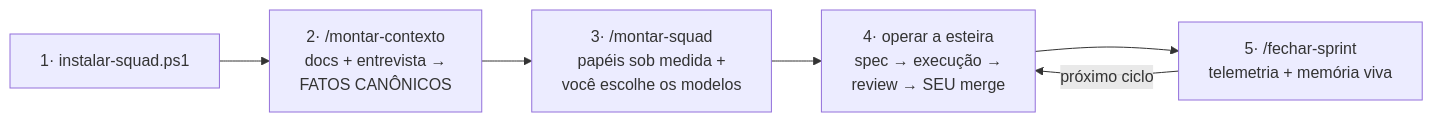
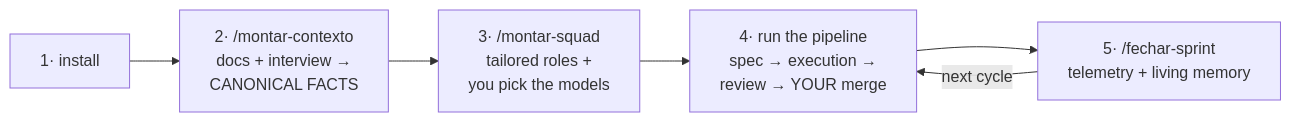
Before and after one commit to ethierre/squadkit: the diagram in README.md, drawn with Mermaid. The commit also changed other lines of this file and 18 other files, not shown here.

````diff
--- a/README.md
+++ b/README.md
@@ -54,8 +56,8 @@
 ```mermaid
 flowchart LR
-    A["1· instalar-squad.ps1"] --> B["2· /montar-contexto<br/>docs + entrevista →<br/>FATOS CANÔNICOS"]
-    B --> C["3· /montar-squad<br/>papéis sob medida +<br/>você escolhe os modelos"]
-    C --> D["4· operar a esteira<br/>spec → execução →<br/>review → SEU merge"]
-    D --> E["5· /fechar-sprint<br/>telemetria + memória viva"]
-    E -->|próximo ciclo| D
+    A["1· install"] --> B["2· /montar-contexto<br/>docs + interview →<br/>CANONICAL FACTS"]
+    B --> C["3· /montar-squad<br/>tailored roles +<br/>you pick the models"]
+    C --> D["4· run the pipeline<br/>spec → execution →<br/>review → YOUR merge"]
+    D --> E["5· /fechar-sprint<br/>telemetry + living memory"]
+    E -->|next cycle| D
 ```
````
